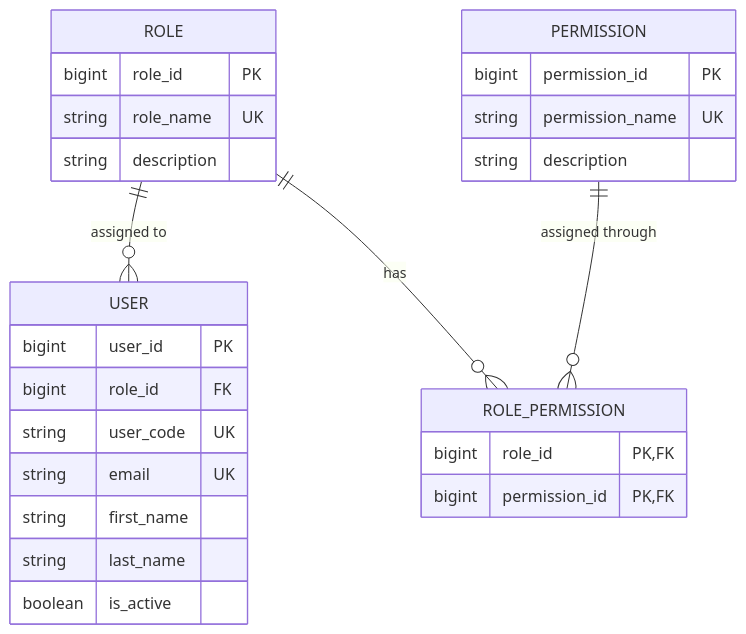
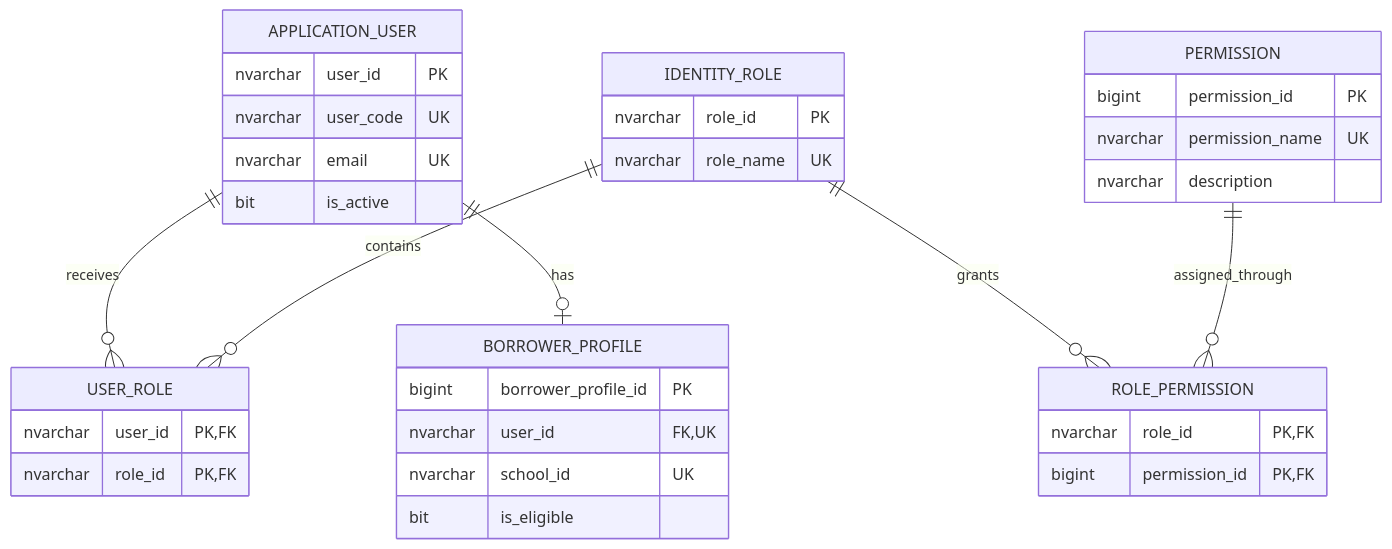
The first of 2 diagrams in doc/Campus_Equipment_Borrowing_Permission_Workflow.md (janninobansag/Gearantee), drawn with Mermaid before and after one commit. The commit also changed other lines of this file and 68 other files, not shown here.

````diff
--- a/doc/Campus_Equipment_Borrowing_Permission_Workflow.md
+++ b/doc/Campus_Equipment_Borrowing_Permission_Workflow.md
@@ -68,34 +56,43 @@
 ```mermaid
 erDiagram
+    APPLICATION_USER ||--o{ USER_ROLE : receives
+    IDENTITY_ROLE ||--o{ USER_ROLE : contains
+    IDENTITY_ROLE ||--o{ ROLE_PERMISSION : grants
+    PERMISSION ||--o{ ROLE_PERMISSION : assigned_through
+    APPLICATION_USER ||--o| BORROWER_PROFILE : has
 
-    USER {
-        bigint user_id PK
-        bigint role_id FK
-        string user_code UK
-        string email UK
-        string first_name
-        string last_name
-        boolean is_active
+    APPLICATION_USER {
+        nvarchar user_id PK
+        nvarchar user_code UK
+        nvarchar email UK
+        bit is_active
     }
 
-    ROLE {
-        bigint role_id PK
-        string role_name UK
-        string description
+    IDENTITY_ROLE {
+        nvarchar role_id PK
+        nvarchar role_name UK
+    }
+
+    USER_ROLE {
+        nvarchar user_id PK, FK
+        nvarchar role_id PK, FK
     }
 
     PERMISSION {
         bigint permission_id PK
-        string permission_name UK
-        string description
+        nvarchar permission_name UK
+        nvarchar description
     }
 
     ROLE_PERMISSION {
-        bigint role_id PK, FK
+        nvarchar role_id PK, FK
         bigint permission_id PK, FK
     }
 
-    ROLE ||--o{ USER : "assigned to"
-    ROLE ||--o{ ROLE_PERMISSION : "has"
-    PERMISSION ||--o{ ROLE_PERMISSION : "assigned through"
+    BORROWER_PROFILE {
+        bigint borrower_profile_id PK
+        nvarchar user_id FK, UK
+        nvarchar school_id UK
+        bit is_eligible
+    }
 ```
````
